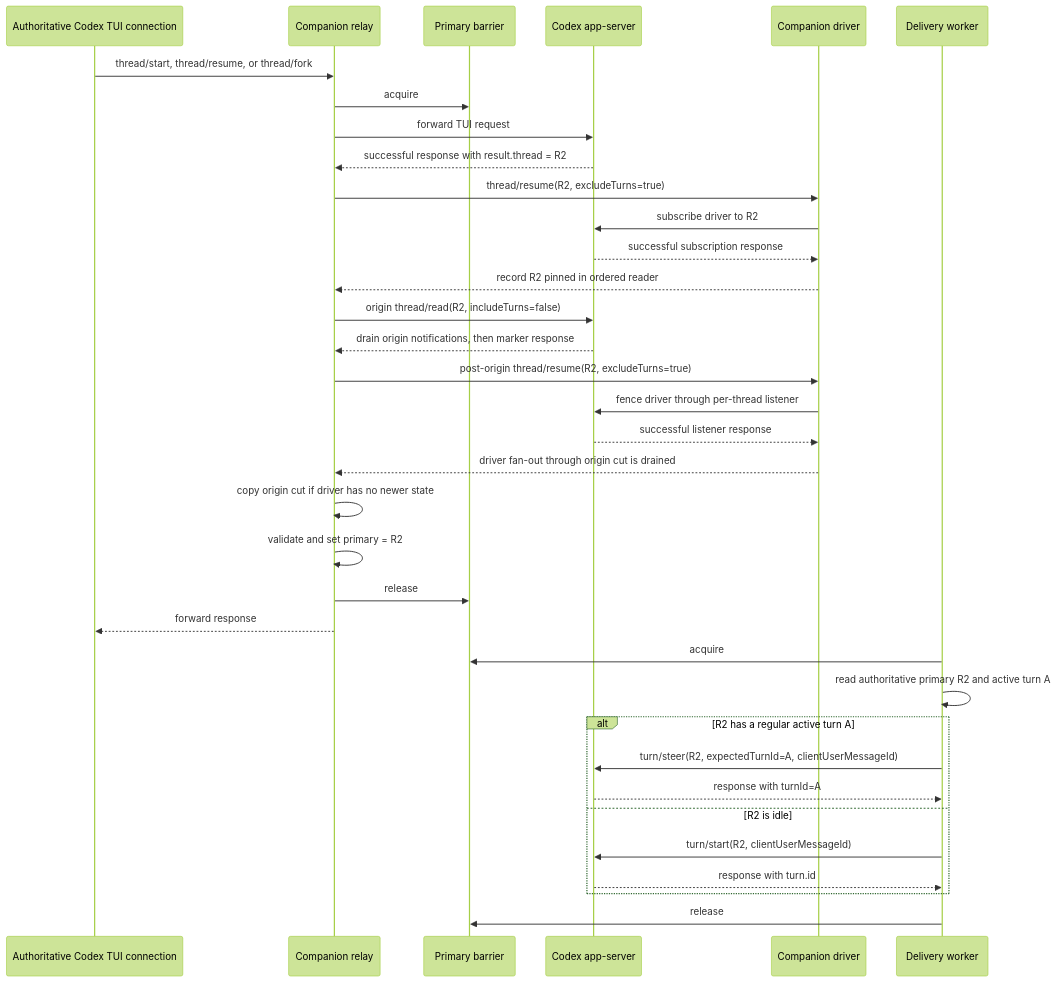
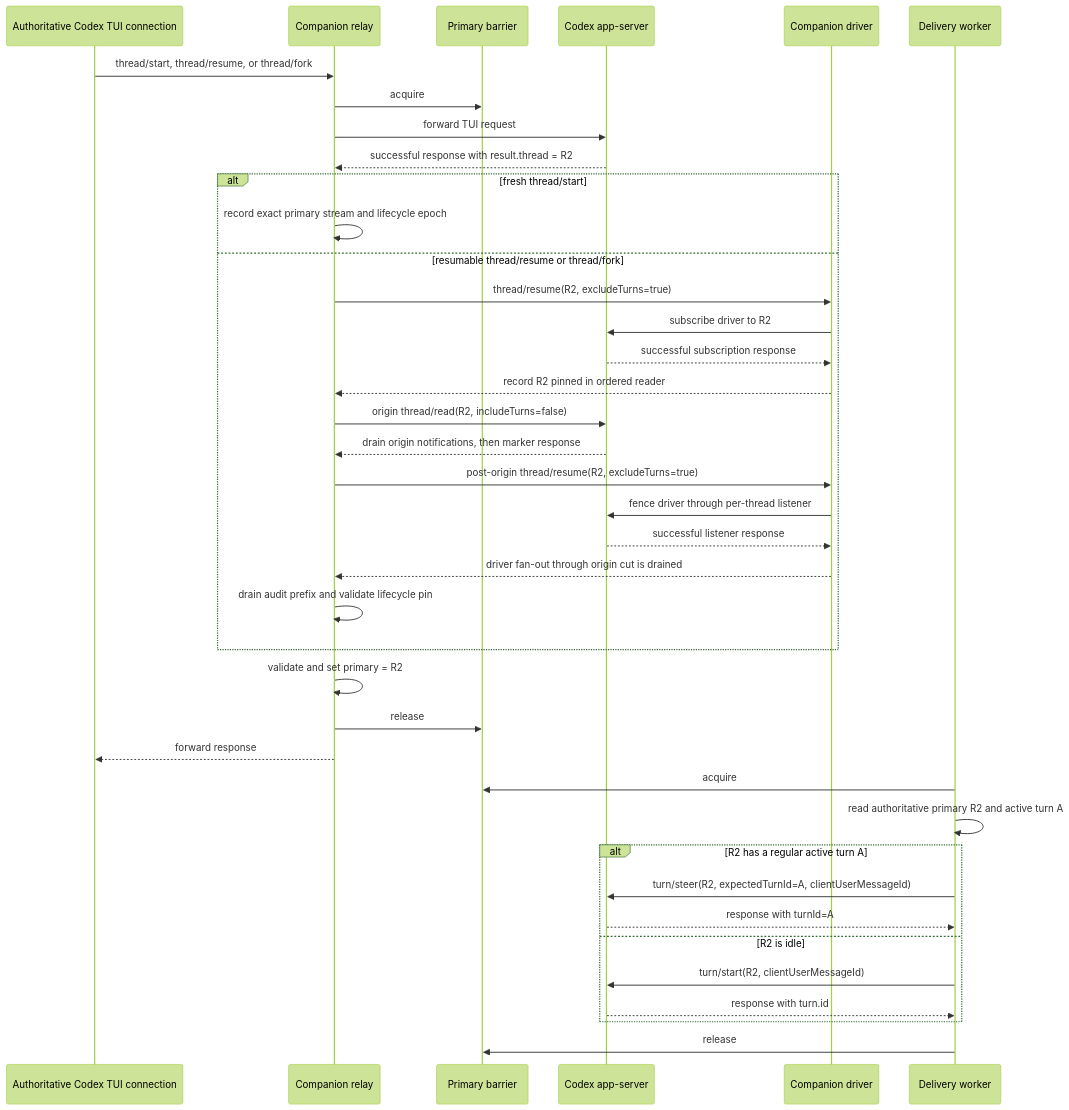
Before and after one commit to Uclusion/uclusion_web_ui: the second of 3 diagrams in public/scripts/UCLUSION_CODEX_BRIDGE.md, drawn with Mermaid (forest theme). The commit also changed other lines of this file and 3 other files, not shown here.

````diff
--- a/public/scripts/UCLUSION_CODEX_BRIDGE.md
+++ b/public/scripts/UCLUSION_CODEX_BRIDGE.md
@@ -283,39 +202,43 @@
 ```mermaid
 sequenceDiagram
     participant T as Authoritative Codex TUI connection
     participant C as Companion relay
     participant G as Primary barrier
     participant A as Codex app-server
     participant W as Companion driver
     participant D as Delivery worker
 
     T->>C: thread/start, thread/resume, or thread/fork
     C->>G: acquire
     C->>A: forward TUI request
     A-->>C: successful response with result.thread = R2
-    C->>W: thread/resume(R2, excludeTurns=true)
-    W->>A: subscribe driver to R2
-    A-->>W: successful subscription response
-    W-->>C: record R2 pinned in ordered reader
-    C->>A: origin thread/read(R2, includeTurns=false)
-    A-->>C: drain origin notifications, then marker response
-    C->>W: post-origin thread/resume(R2, excludeTurns=true)
-    W->>A: fence driver through per-thread listener
-    A-->>W: successful listener response
-    W-->>C: driver fan-out through origin cut is drained
-    C->>C: copy origin cut if driver has no newer state
+    alt fresh thread/start
+        C->>C: record exact primary stream and lifecycle epoch
+    else resumable thread/resume or thread/fork
+        C->>W: thread/resume(R2, excludeTurns=true)
+        W->>A: subscribe driver to R2
+        A-->>W: successful subscription response
+        W-->>C: record R2 pinned in ordered reader
+        C->>A: origin thread/read(R2, includeTurns=false)
+        A-->>C: drain origin notifications, then marker response
+        C->>W: post-origin thread/resume(R2, excludeTurns=true)
+        W->>A: fence driver through per-thread listener
+        A-->>W: successful listener response
+        W-->>C: driver fan-out through origin cut is drained
+        C->>C: drain audit prefix and validate lifecycle pin
+    end
     C->>C: validate and set primary = R2
     C->>G: release
     C-->>T: forward response
 
     D->>G: acquire
     D->>D: read authoritative primary R2 and active turn A
     alt R2 has a regular active turn A
         D->>A: turn/steer(R2, expectedTurnId=A, clientUserMessageId)
         A-->>D: response with turnId=A
     else R2 is idle
         D->>A: turn/start(R2, clientUserMessageId)
         A-->>D: response with turn.id
     end
     D->>G: release
 ```
````
